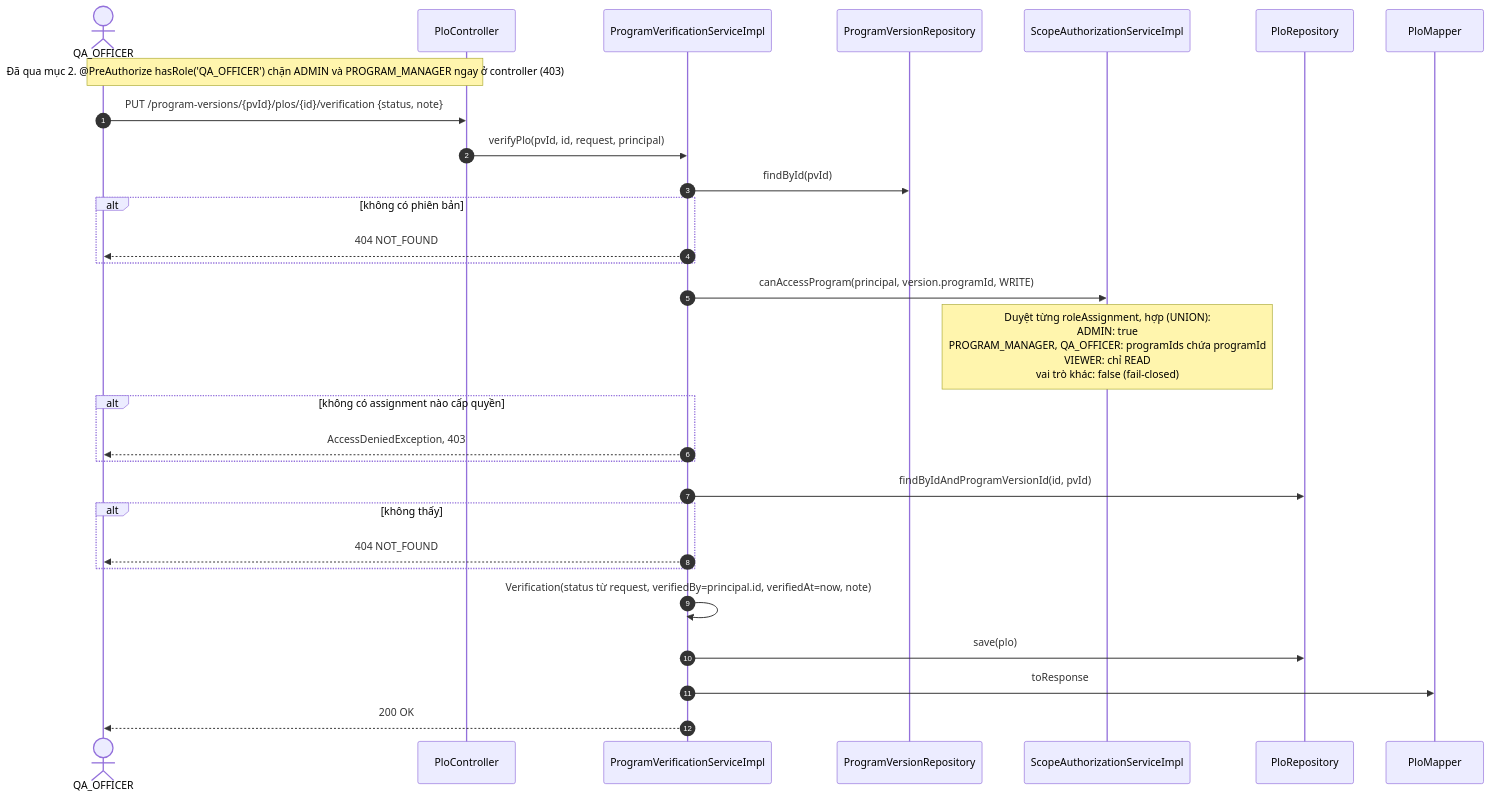
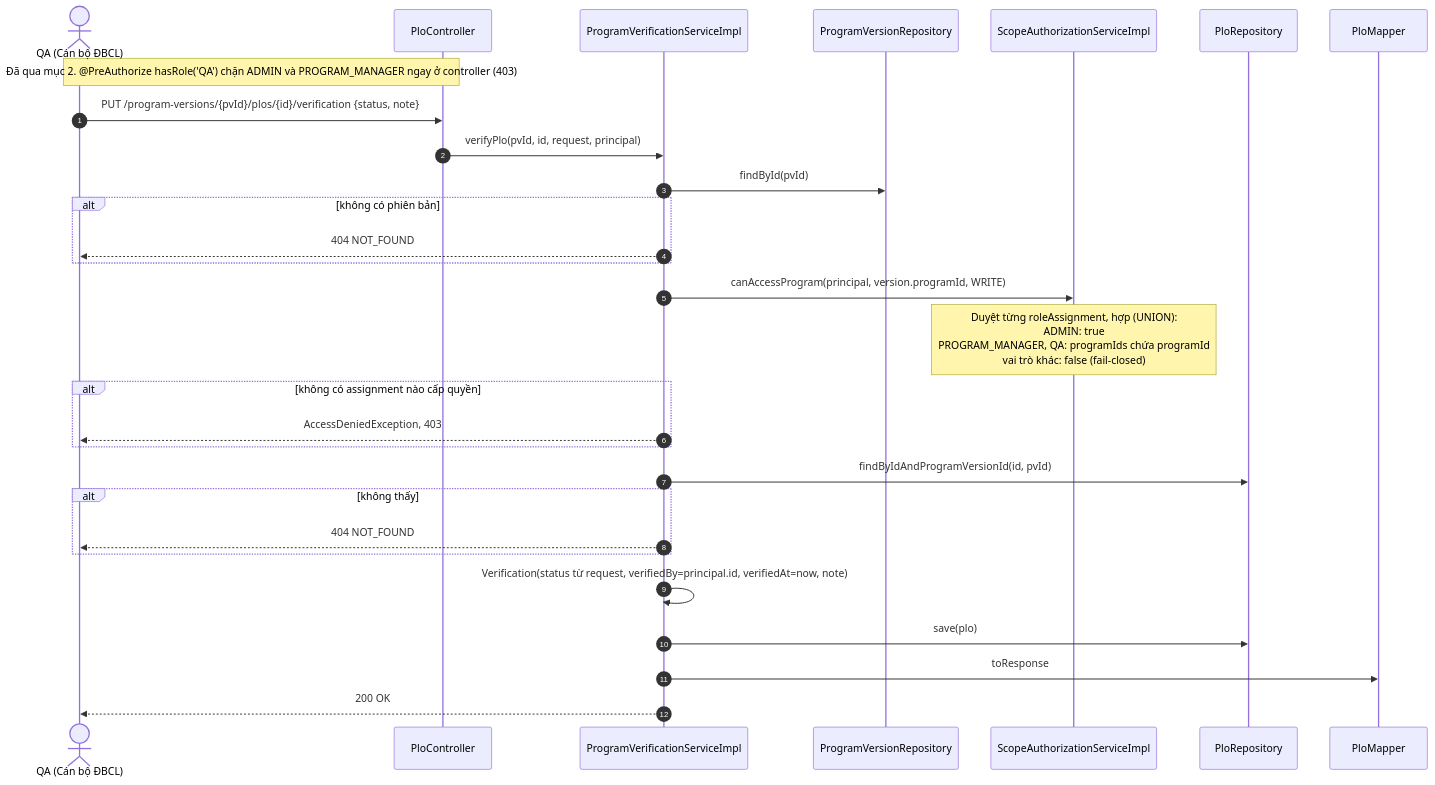
One commit to UTE-LMS/LMS-API changed the fourth of 9 diagrams in doc/sdd/04-sequence.md. Above: the diagram before and after it, drawn with Mermaid. The commit also changed other lines of this file and 71 other files, not shown here.

Commit message:
docs(sync): align all architecture docs and codebase with v0.7 4-role model

````diff
--- a/doc/sdd/04-sequence.md
+++ b/doc/sdd/04-sequence.md
@@ -191,32 +191,32 @@
 ```mermaid
 sequenceDiagram
     autonumber
-    actor QA as QA_OFFICER
+    actor QA as QA (Cán bộ ĐBCL)
     participant CT as PloController
     participant VS as ProgramVerificationServiceImpl
     participant RV as ProgramVersionRepository
     participant SA as ScopeAuthorizationServiceImpl
     participant RL as PloRepository
     participant MP as PloMapper
 
-    Note over QA,CT: Đã qua mục 2. @PreAuthorize hasRole('QA_OFFICER') chặn ADMIN và PROGRAM_MANAGER ngay ở controller (403)
+    Note over QA,CT: Đã qua mục 2. @PreAuthorize hasRole('QA') chặn ADMIN và PROGRAM_MANAGER ngay ở controller (403)
     QA->>CT: PUT /program-versions/{pvId}/plos/{id}/verification {status, note}
     CT->>VS: verifyPlo(pvId, id, request, principal)
     VS->>RV: findById(pvId)
     alt không có phiên bản
         VS-->>QA: 404 NOT_FOUND
     end
     VS->>SA: canAccessProgram(principal, version.programId, WRITE)
-    Note over SA: Duyệt từng roleAssignment, hợp (UNION):<br/>ADMIN: true<br/>PROGRAM_MANAGER, QA_OFFICER: programIds chứa programId<br/>VIEWER: chỉ READ<br/>vai trò khác: false (fail-closed)
+    Note over SA: Duyệt từng roleAssignment, hợp (UNION):<br/>ADMIN: true<br/>PROGRAM_MANAGER, QA: programIds chứa programId<br/>vai trò khác: false (fail-closed)
     alt không có assignment nào cấp quyền
         VS-->>QA: AccessDeniedException, 403
     end
     VS->>RL: findByIdAndProgramVersionId(id, pvId)
     alt không thấy
         VS-->>QA: 404 NOT_FOUND
     end
     VS->>VS: Verification(status từ request, verifiedBy=principal.id, verifiedAt=now, note)
     VS->>RL: save(plo)
     VS->>MP: toResponse
     VS-->>QA: 200 OK
 ```
````
